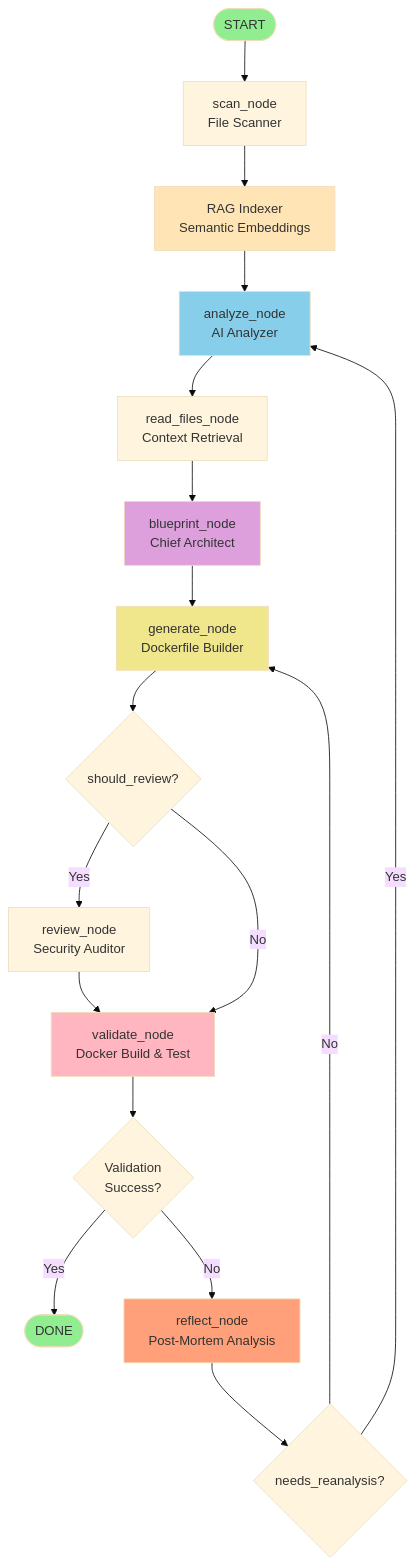
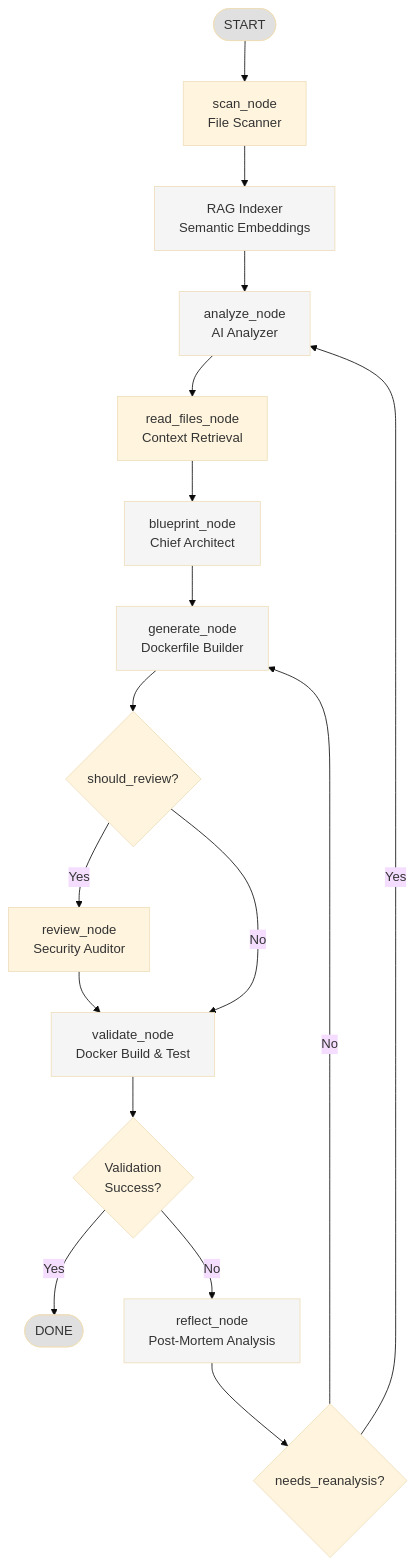
Before and after one commit to actions-marketplace-validations/itzzjb_dockai: the diagram in README.md, drawn with Mermaid (base theme). The commit also changed 5 other files, not shown here.

Commit message:
feat: set up Jekyll documentation site with GitHub Pages deployment and updated Mermaid diagram styles.

````diff
--- a/README.md
+++ b/README.md
@@ -57,28 +57,28 @@
 ```mermaid
 flowchart TD
     Start([START]) --> Scan[scan_node<br/>File Scanner]
     Scan --> RAG[RAG Indexer<br/>Semantic Embeddings]
     RAG --> Analyze[analyze_node<br/>AI Analyzer]
     Analyze --> Read[read_files_node<br/>Context Retrieval]
     Read --> Blueprint[blueprint_node<br/>Chief Architect]
     Blueprint --> Generate[generate_node<br/>Dockerfile Builder]
     Generate --> Review{should_review?}
     Review -->|Yes| ReviewNode[review_node<br/>Security Auditor]
     Review -->|No| Validate
     ReviewNode --> Validate[validate_node<br/>Docker Build & Test]
     Validate --> Success{Validation<br/>Success?}
     Success -->|Yes| Done([DONE])
     Success -->|No| Reflect[reflect_node<br/>Post-Mortem Analysis]
     Reflect --> Decision{needs_reanalysis?}
     Decision -->|Yes| Analyze
     Decision -->|No| Generate
     
-    style Start fill:#90EE90
-    style Done fill:#90EE90
-    style RAG fill:#FFE4B5
-    style Analyze fill:#87CEEB
-    style Blueprint fill:#DDA0DD
-    style Generate fill:#F0E68C
-    style Validate fill:#FFB6C1
-    style Reflect fill:#FFA07A
+    style Start fill:#e0e0e0
+    style Done fill:#e0e0e0
+    style RAG fill:#f5f5f5
+    style Analyze fill:#f5f5f5
+    style Blueprint fill:#f5f5f5
+    style Generate fill:#f5f5f5
+    style Validate fill:#f5f5f5
+    style Reflect fill:#f5f5f5
 ```
````
